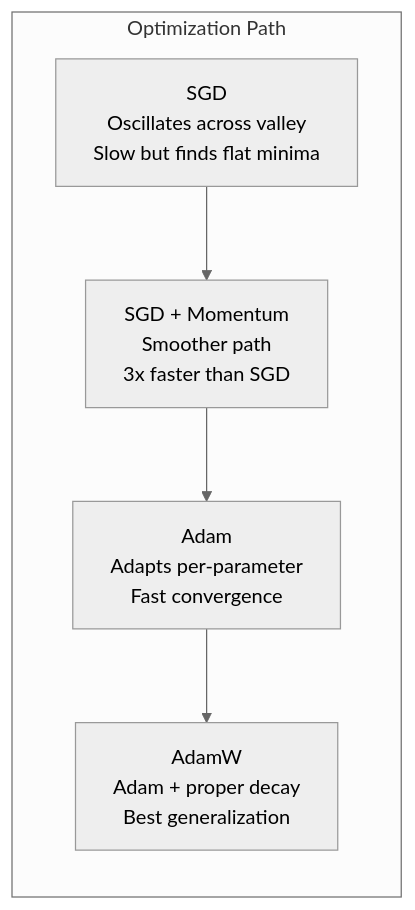
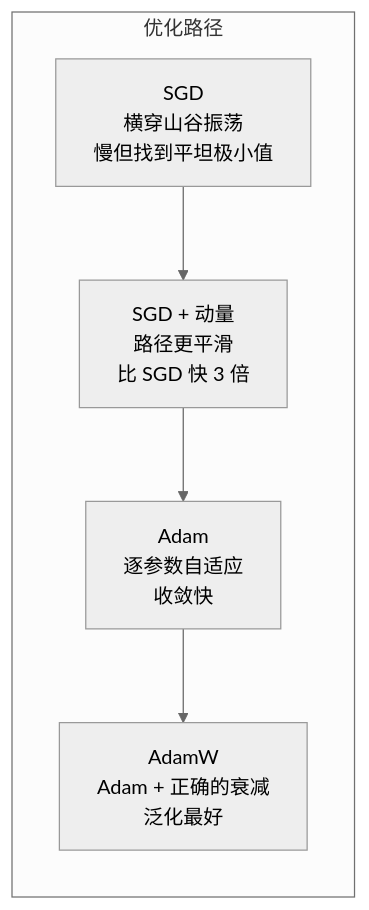
One commit to alessandrodinisio-ai/ai-engineering-learning-framework changed the second of 3 diagrams in phases/03-deep-learning-core/06-optimizers/docs/zh.md. Above: the diagram before and after it, drawn with Mermaid (neutral theme). The commit also changed other lines of this file and 120 other files, not shown here.

First line of the commit message:
i18n(mermaid): 337 个 mermaid 图表标签中文化

````diff
--- a/phases/03-deep-learning-core/06-optimizers/docs/zh.md
+++ b/phases/03-deep-learning-core/06-optimizers/docs/zh.md
@@ -143,10 +143,10 @@
 ```mermaid
 flowchart LR
-    subgraph "Optimization Path"
-        SGD_P["SGD<br/>Oscillates across valley<br/>Slow but finds flat minima"]
-        Mom_P["SGD + Momentum<br/>Smoother path<br/>3x faster than SGD"]
-        Adam_P["Adam<br/>Adapts per-parameter<br/>Fast convergence"]
-        AdamW_P["AdamW<br/>Adam + proper decay<br/>Best generalization"]
+    subgraph "优化路径"
+        SGD_P["SGD<br/>横穿山谷振荡<br/>慢但找到平坦极小值"]
+        Mom_P["SGD + 动量<br/>路径更平滑<br/>比 SGD 快 3 倍"]
+        Adam_P["Adam<br/>逐参数自适应<br/>收敛快"]
+        AdamW_P["AdamW<br/>Adam + 正确的衰减<br/>泛化最好"]
     end
     SGD_P --> Mom_P --> Adam_P --> AdamW_P
 ```
````
